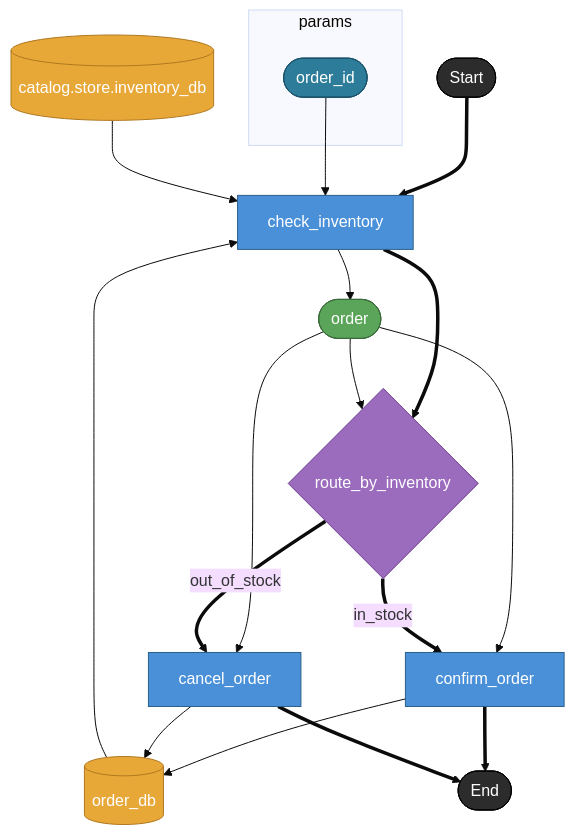
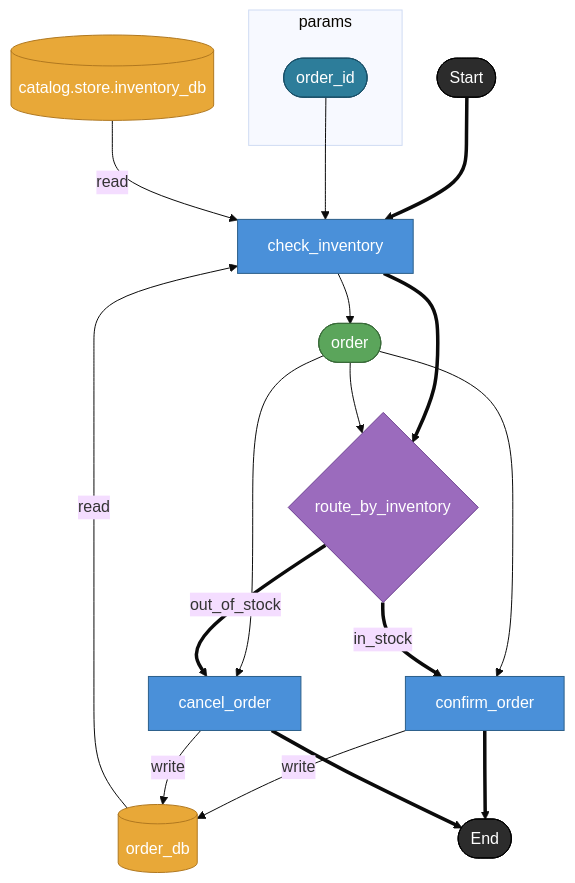
The fourth of 4 diagrams in docs/uc/001-ec-checkout-flow/docs/render-dag.md (hiroshiasayadev-prog/brewprint), drawn with Mermaid (base theme) before and after one commit. The commit also changed other lines of this file and 2 other files, not shown here.

First line of the commit message:
docs: label DAG store access edges

````diff
--- a/docs/uc/001-ec-checkout-flow/docs/render-dag.md
+++ b/docs/uc/001-ec-checkout-flow/docs/render-dag.md
@@ -136,38 +136,38 @@
 ```mermaid
 flowchart TD
   subgraph params
     order_id([order_id])
   end
 
   _start([Start]) ==> check_inventory[check_inventory]
   order_id --> check_inventory
-  order_db[(order_db)] --> check_inventory
-  inventory_db[(catalog.store.inventory_db)] --> check_inventory
+  order_db[(order_db)] -- "read" --> check_inventory
+  inventory_db[(catalog.store.inventory_db)] -- "read" --> check_inventory
   check_inventory --> order_asset([order])
 
   check_inventory ==> route_by_inventory{route_by_inventory}
   order_asset --> route_by_inventory
   order_asset --> confirm_order[confirm_order]
   order_asset --> cancel_order[cancel_order]
 
   route_by_inventory == "in_stock" ==> confirm_order
   route_by_inventory == "out_of_stock" ==> cancel_order
 
-  confirm_order --> order_db
-  cancel_order --> order_db
+  confirm_order -- "write" --> order_db
+  cancel_order -- "write" --> order_db
   confirm_order ==> _end([End])
   cancel_order ==> _end
 
   classDef taskNode     fill:#4A90D9,stroke:#2C5F8A,color:#fff
   classDef assetNode    fill:#5BA55B,stroke:#3A6B3A,color:#fff
   classDef storeNode    fill:#E8A838,stroke:#B07820,color:#fff
   classDef branchNode   fill:#9B6BBD,stroke:#6B3D8F,color:#fff
   classDef terminalNode fill:#2C2C2C,stroke:#000,color:#fff
   classDef boundaryNode fill:#2D7D9A,stroke:#1A5068,color:#fff
   class check_inventory,confirm_order,cancel_order taskNode
   class order_asset assetNode
   class order_db,inventory_db storeNode
   class route_by_inventory branchNode
   class _start,_end terminalNode
   class order_id boundaryNode
 ```
````
